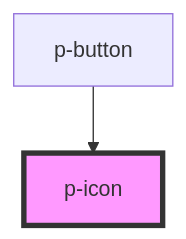
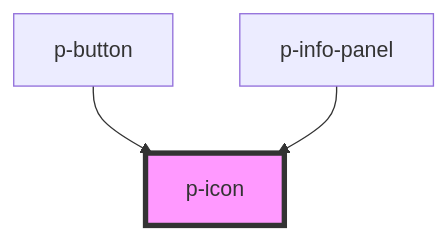
Before and after one commit to Employes/paperless: the diagram in packages/core/src/components/atoms/icon/readme.md, drawn with Mermaid. The commit also changed other lines of this file and 8 other files, not shown here.

Commit message:
feat(Atoms): Add info panel component

````diff
--- a/packages/core/src/components/atoms/icon/readme.md
+++ b/packages/core/src/components/atoms/icon/readme.md
@@ -29,5 +30,6 @@
 ```mermaid
 graph TD;
   p-button --> p-icon
+  p-info-panel --> p-icon
   style p-icon fill:#f9f,stroke:#333,stroke-width:4px
 ```
````
